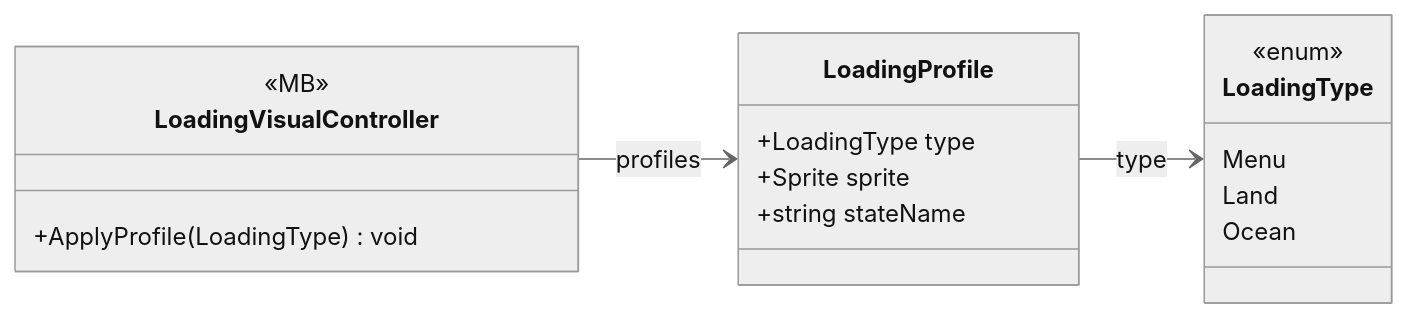
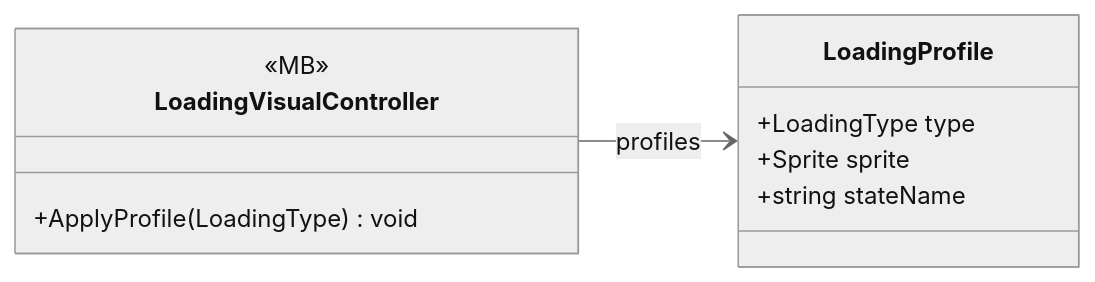
Before and after one commit to PhumipatWave/project-ocean: the diagram in docs/uml/modules/UI_Loading_LoadingVisualController.md, drawn with Mermaid (neutral theme). The commit also changed other lines of this file and 191 other files, not shown here.

````diff
--- a/docs/uml/modules/UI_Loading_LoadingVisualController.md
+++ b/docs/uml/modules/UI_Loading_LoadingVisualController.md
@@ -7,21 +7,14 @@
 ```mermaid
 classDiagram
   direction LR
-  class LoadingType {
-    <<enum>>
-    Menu
-    Land
-    Ocean
-  }
   class LoadingVisualController {
     <<MB>>
     +ApplyProfile(LoadingType) void
   }
   class LoadingProfile {
     +LoadingType type
     +Sprite sprite
     +string stateName
   }
-  LoadingProfile --> LoadingType : type
   LoadingVisualController --> LoadingProfile : profiles
 ```
````
